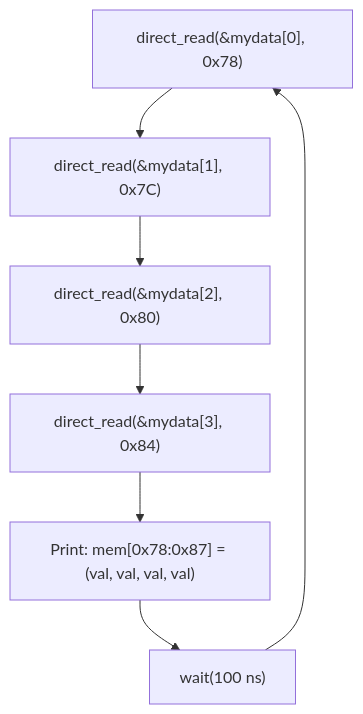
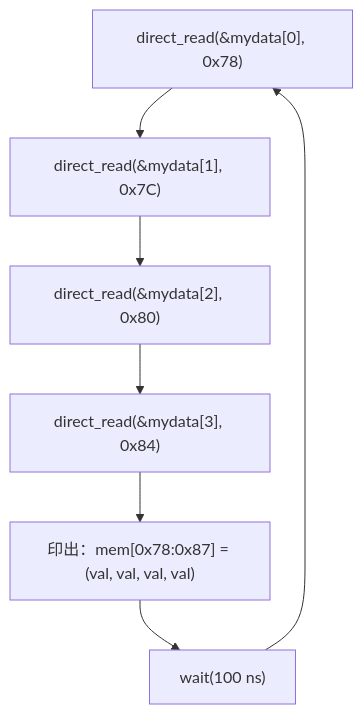
The third of 4 diagrams in doc_v2/examples/code/sysc/simple_bus/masters.md (abc1199281lab-cmd/systemc_notes), drawn with Mermaid before and after one commit. The commit also changed other lines of this file and 8 other files, not shown here.

````diff
--- a/doc_v2/examples/code/sysc/simple_bus/masters.md
+++ b/doc_v2/examples/code/sysc/simple_bus/masters.md
@@ -161,9 +161,9 @@
 ```mermaid
 flowchart TD
     A["direct_read(&mydata[0], 0x78)"] --> B["direct_read(&mydata[1], 0x7C)"]
     B --> C["direct_read(&mydata[2], 0x80)"]
     C --> D["direct_read(&mydata[3], 0x84)"]
-    D --> E["Print: mem[0x78:0x87] = (val, val, val, val)"]
+    D --> E["印出：mem[0x78:0x87] = (val, val, val, val)"]
     E --> F["wait(100 ns)"]
     F --> A
 ```
````
